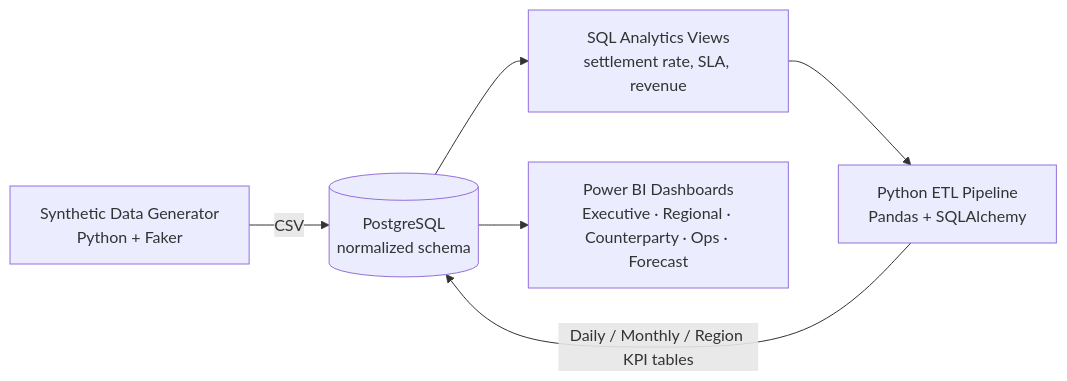
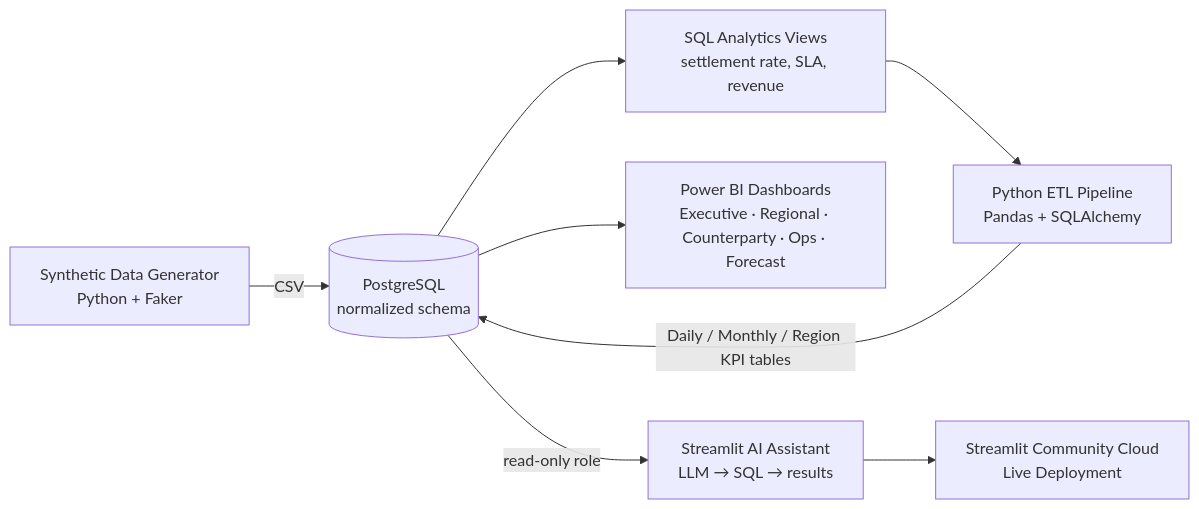
The diagram in README.md (mattperrymatt45-pixel/financial-operations-dashboard), drawn with Mermaid before and after one commit.

Commit message:
Update README with deployment instructions and project documentation

````diff
--- a/README.md
+++ b/README.md
@@ -30,8 +30,10 @@
 ```mermaid
 flowchart LR
     A[Synthetic Data Generator<br/>Python + Faker] -->|CSV| B[(PostgreSQL<br/>normalized schema)]
     B --> C[SQL Analytics Views<br/>settlement rate, SLA, revenue]
     C --> D[Python ETL Pipeline<br/>Pandas + SQLAlchemy]
     D -->|Daily / Monthly / Region KPI tables| B
     B --> E[Power BI Dashboards<br/>Executive · Regional · Counterparty · Ops · Forecast]
+    B -->|read-only role| F[Streamlit AI Assistant<br/>LLM → SQL → results]
+    F --> G[Streamlit Community Cloud<br/>Live Deployment]
 ```
````
